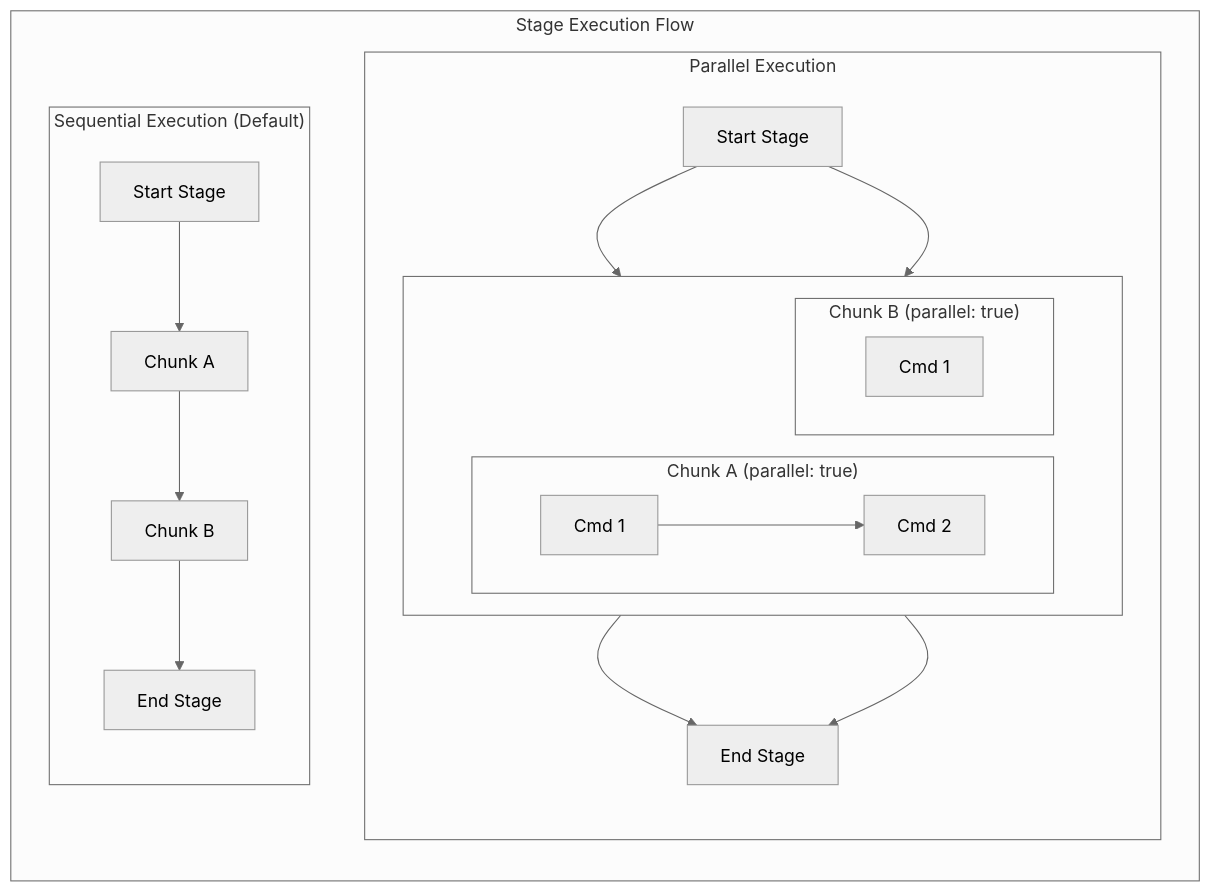
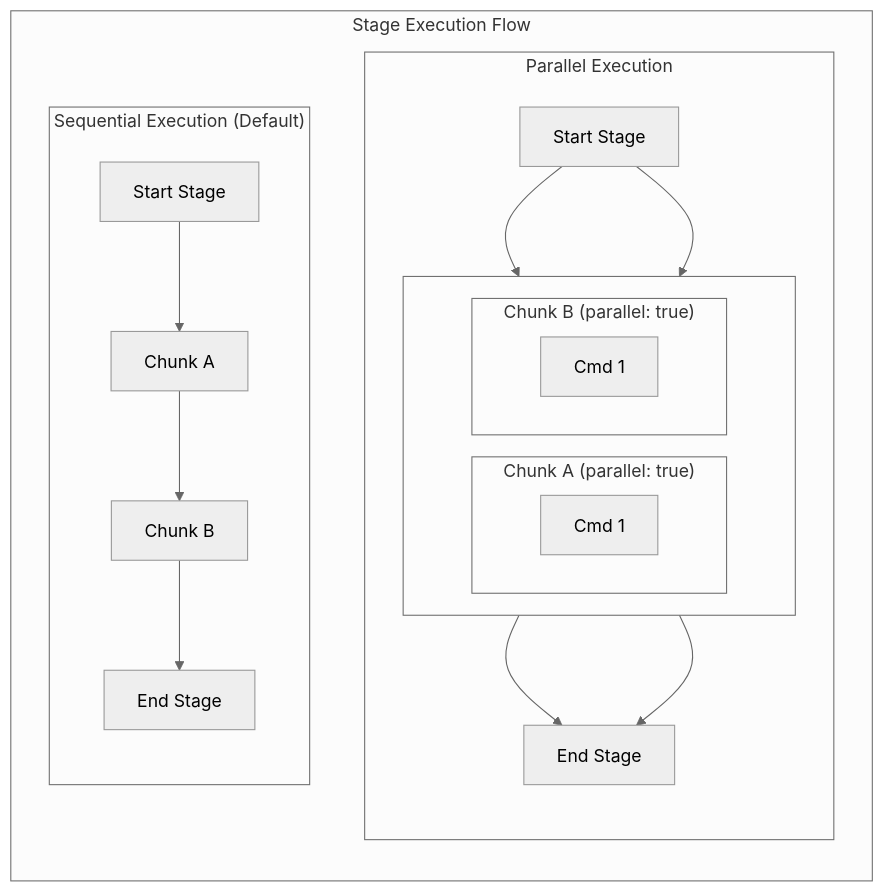
Before and after one commit to arkmq-org/markdown-runner: the fourth of 6 diagrams in README.md, drawn with Mermaid (neutral theme). The commit also changed other lines of this file and 10 other files, not shown here.

````diff
--- a/README.md
+++ b/README.md
@@ -324,33 +324,33 @@
 ```mermaid
 graph TD
     subgraph "Stage Execution Flow"
         direction TB
 
         subgraph "Parallel Execution"
             direction TB
             StartP[Start Stage]
 
             subgraph " "
                 direction LR
 
                 subgraph "Chunk A (parallel: true)"
-                    A1["Cmd 1"] --> A2["Cmd 2"]
+                    A1["Cmd 1"]
                 end
 
                 subgraph "Chunk B (parallel: true)"
                     B1["Cmd 1"]
                 end
             end
 
             StartP --> A1
             StartP --> B1
-            A2 --> EndP[End Stage]
+            A1 --> EndP[End Stage]
             B1 --> EndP[End Stage]
         end
 
         subgraph "Sequential Execution (Default)"
             direction TB
             StartS[Start Stage] --> C["Chunk A"] --> D["Chunk B"] --> EndS[End Stage]
         end
     end
 ```
````
